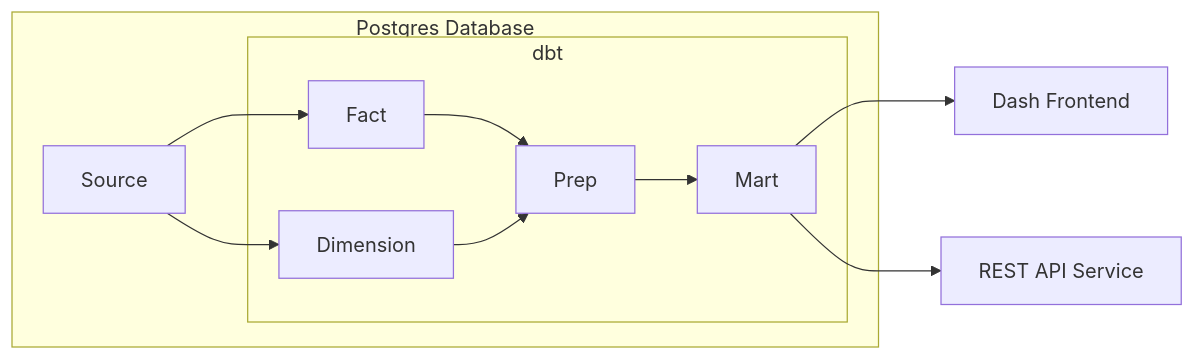
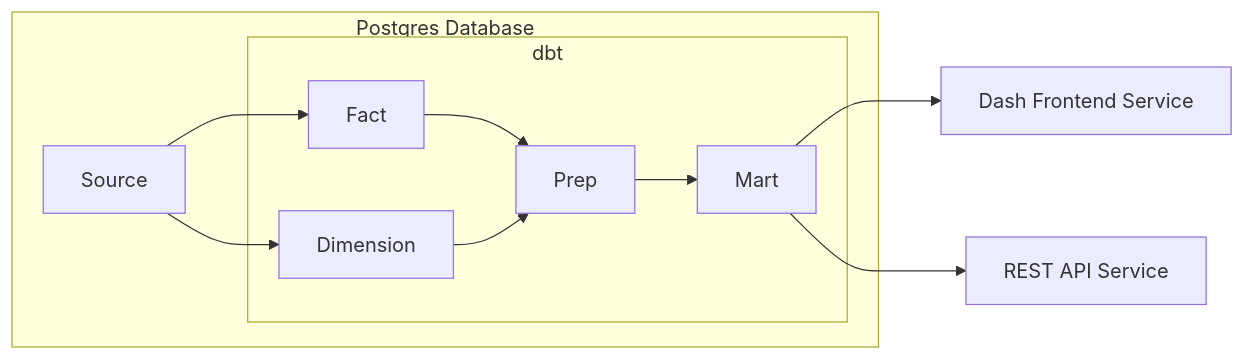
Before and after one commit to jyablonski/doqs: the first of 2 diagrams in src/content/docs/services/dbt.md, drawn with Mermaid. The commit also changed other lines of this file and 29 other files, not shown here.

````diff
--- a/src/content/docs/services/dbt.md
+++ b/src/content/docs/services/dbt.md
@@ -12,21 +12,21 @@
 ``` mermaid
 graph LR
     subgraph DB[Postgres Database]
         NBA[Source]
         
         subgraph dbt
             FACT[Fact]
             DIM[Dimension]
             PREP[Prep]
             MART[Mart]
         end
 
         NBA --> FACT
         NBA --> DIM
         FACT & DIM --> PREP
         PREP --> MART
     end
 
-    MART --> DASH[Dash Frontend]
+    MART --> DASH[Dash Frontend Service]
     MART --> API[REST API Service]
 ```
````
